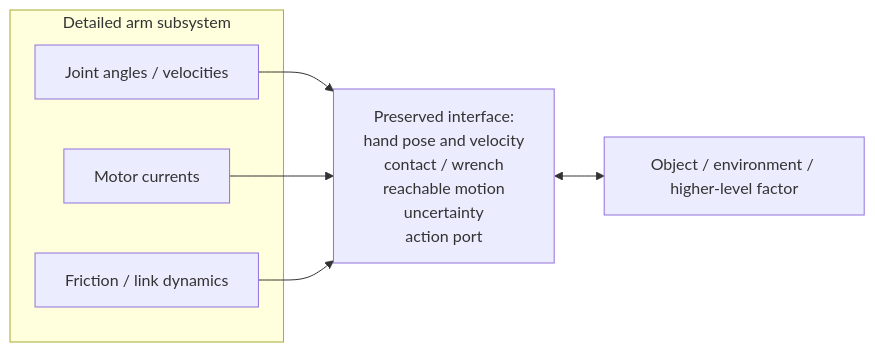
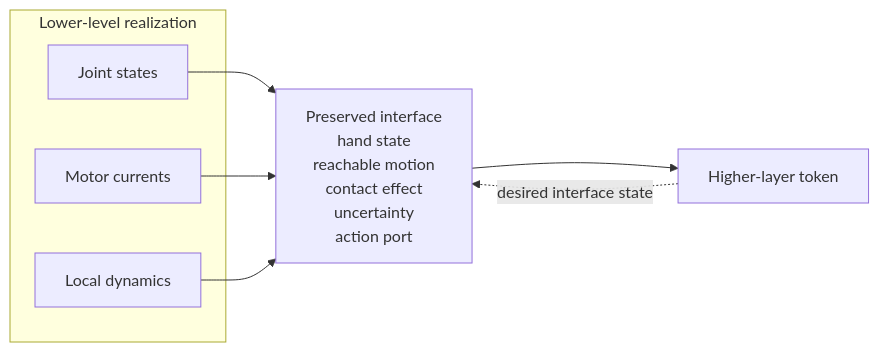
Before and after one commit to spencerbug/spencerbug.github.io: the fifth of 8 diagrams in _posts/2026-08-22-predictive-control-factor-hierarchy.md, drawn with Mermaid. The commit also changed other lines of this file, not shown here.

Commit message:
Clarify PCFH factor semantics, repetition, and scaling

````diff
--- a/_posts/2026-08-22-predictive-control-factor-hierarchy.md
+++ b/_posts/2026-08-22-predictive-control-factor-hierarchy.md
@@ -368,16 +601,17 @@
 ```mermaid
 flowchart LR
-    subgraph A[Detailed arm subsystem]
-        Q[Joint angles / velocities]
+    subgraph L[Lower-level realization]
+        Q[Joint states]
         M[Motor currents]
-        F[Friction / link dynamics]
+        F[Local dynamics]
     end
 
-    I[Preserved interface:<br/>hand pose and velocity<br/>contact / wrench<br/>reachable motion<br/>uncertainty<br/>action port]
-    W[Object / environment / higher-level factor]
+    I[Preserved interface<br/>hand state<br/>reachable motion<br/>contact effect<br/>uncertainty<br/>action port]
+    H[Higher-layer token]
 
     Q --> I
     M --> I
     F --> I
-    I <--> W
+    I --> H
+    H -. desired interface state .-> I
 ```
````
